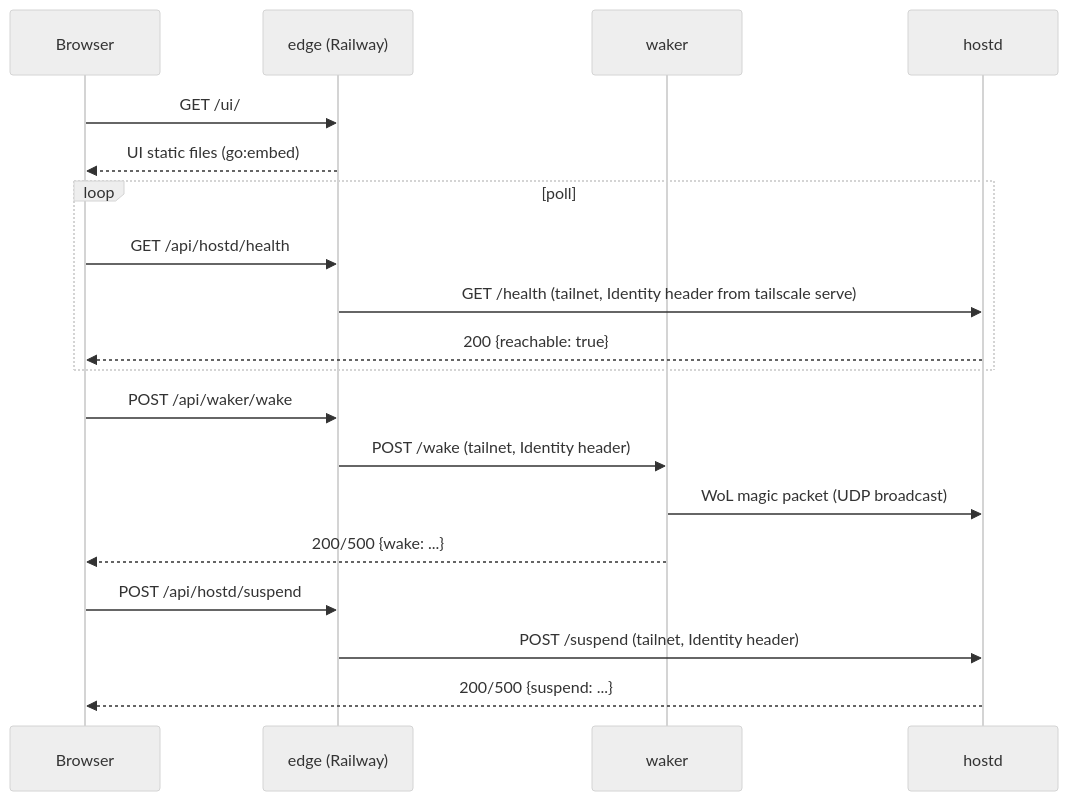
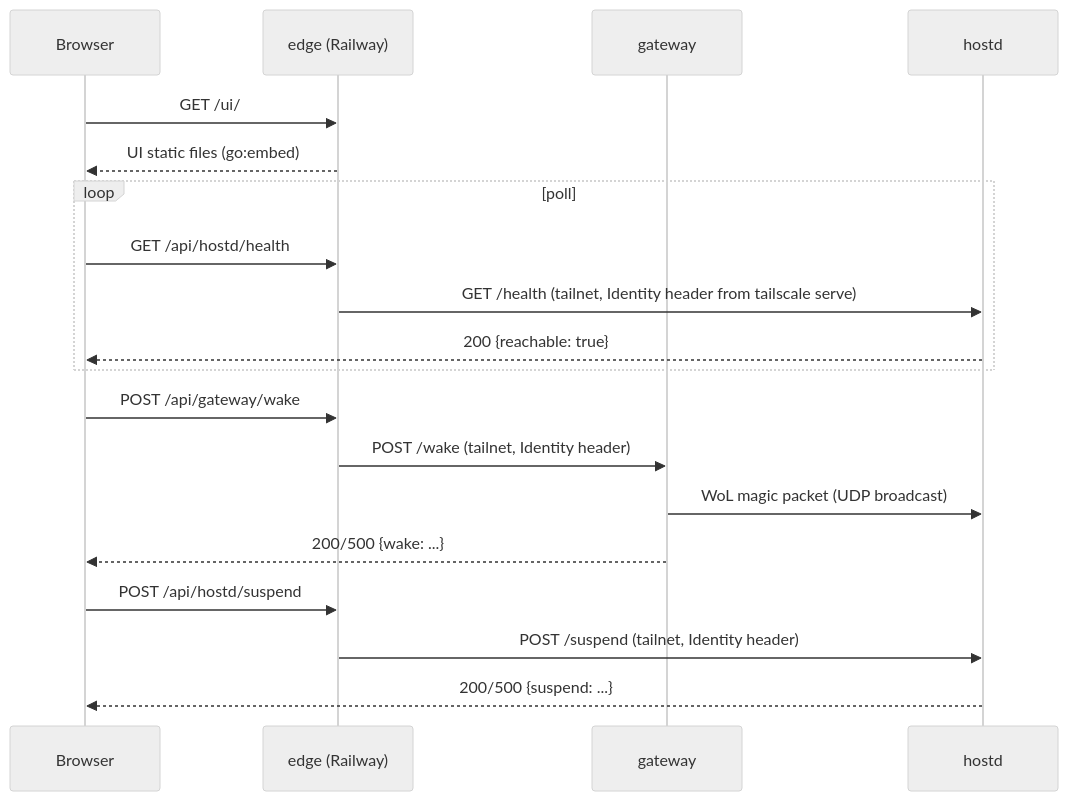
Before and after one commit to nikbogman/cloudberry: the first of 2 diagrams in DESIGN.md, drawn with Mermaid (neutral theme). The commit also changed other lines of this file and 35 other files, not shown here.

First line of the commit message:
feat: gateway on raspberry with wake-on-request, Immich stack, HDD spindown

````diff
--- a/DESIGN.md
+++ b/DESIGN.md
@@ -7,25 +7,25 @@
 ```mermaid
 sequenceDiagram
     participant B as Browser
     participant E as edge (Railway)
-    participant W as waker
+    participant W as gateway
     participant H as hostd
 
     B->>E: GET /ui/
     E-->>B: UI static files (go:embed)
 
     loop poll
         B->>E: GET /api/hostd/health
         E->>H: GET /health (tailnet, Identity header from tailscale serve)
         H-->>B: 200 {reachable: true}
     end
 
-    B->>E: POST /api/waker/wake
+    B->>E: POST /api/gateway/wake
     E->>W: POST /wake (tailnet, Identity header)
     W->>H: WoL magic packet (UDP broadcast)
     W-->>B: 200/500 {wake: ...}
 
     B->>E: POST /api/hostd/suspend
     E->>H: POST /suspend (tailnet, Identity header)
     H-->>B: 200/500 {suspend: ...}
 ```
````
